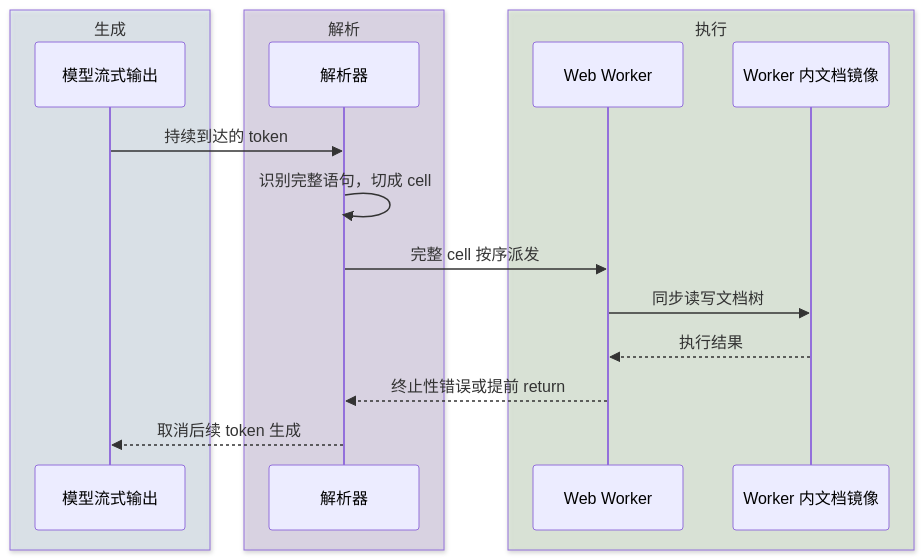
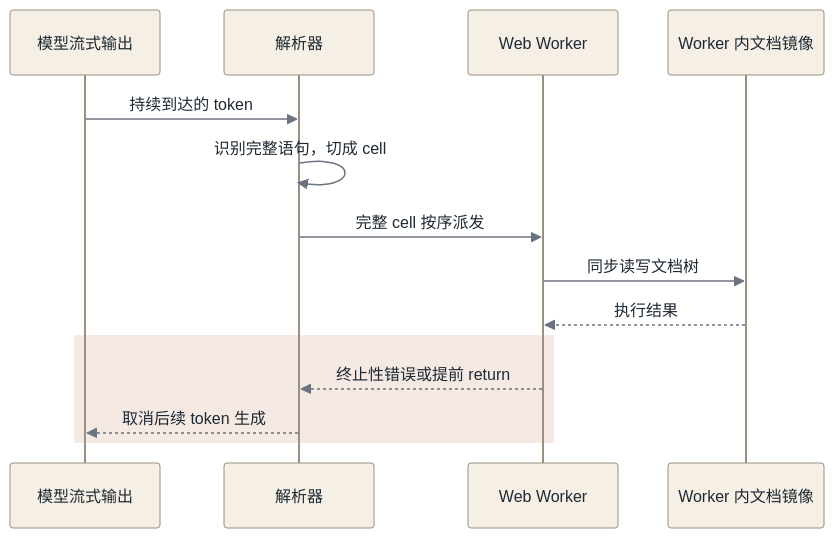
Before and after one commit to PerfectPan/wiki: the diagram in wiki/topics/ai/framer-harness-2.md, drawn with Mermaid. The commit also changed other lines of this file, not shown here.

Commit message:
docs(ai): use neutral theme with single highlight in sequence diagram

````diff
--- a/wiki/topics/ai/framer-harness-2.md
+++ b/wiki/topics/ai/framer-harness-2.md
@@ -61,20 +61,29 @@
 ```mermaid
+%%{init: {'theme':'base','themeVariables': {
+  'actorBkg':'#f5efe6',
+  'actorBorder':'#9a9080',
+  'actorTextColor':'#1f2933',
+  'signalColor':'#6b7280',
+  'signalTextColor':'#1f2933',
+  'labelBoxBkgColor':'#eef3f7',
+  'labelBoxBorderColor':'#6a8aaa',
+  'labelTextColor':'#1f2933',
+  'noteBkgColor':'#fff6d8',
+  'noteBorderColor':'#c4a35a',
+  'fontFamily':'ui-sans-serif,system-ui,sans-serif'
+}}}%%
 sequenceDiagram
-    box rgba(217,230,240,0.55) 生成
     participant M as 模型流式输出
-    end
-    box rgba(216,204,232,0.55) 解析
     participant P as 解析器
-    end
-    box rgba(215,232,210,0.55) 执行
     participant W as Web Worker
     participant D as Worker 内文档镜像
-    end
     M->>P: 持续到达的 token
     P->>P: 识别完整语句，切成 cell
     P->>W: 完整 cell 按序派发
     W->>D: 同步读写文档树
     D-->>W: 执行结果
+    rect rgba(230,208,192,0.45)
     W-->>P: 终止性错误或提前 return
     P-->>M: 取消后续 token 生成
+    end
 ```
````
